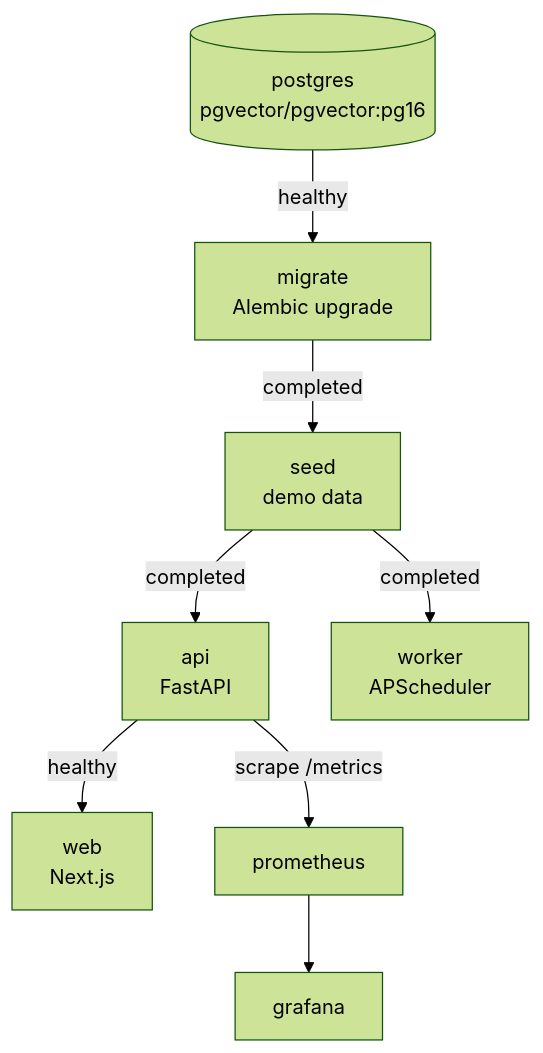
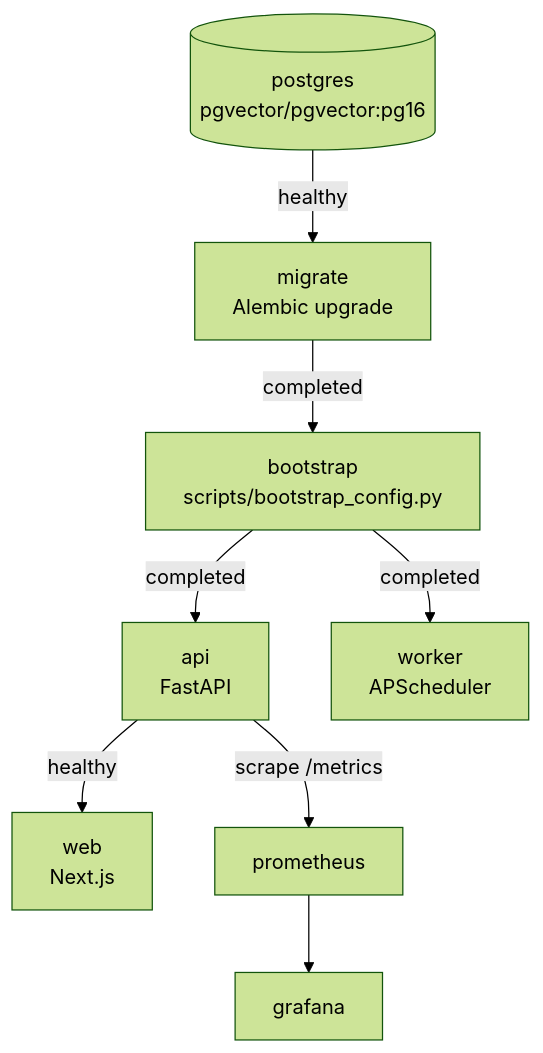
The fifth of 11 diagrams in docs/design/v0.2/architecture/Margin_Architecture_Design_v0.2_EN.md (RickyW0529/Margin), drawn with Mermaid (forest theme) before and after one commit. The commit also changed other lines of this file and 469 other files, not shown here.

````diff
--- a/docs/design/v0.2/architecture/Margin_Architecture_Design_v0.2_EN.md
+++ b/docs/design/v0.2/architecture/Margin_Architecture_Design_v0.2_EN.md
@@ -153,19 +458,19 @@
 ```mermaid
 flowchart TB
     Postgres[(postgres<br/>pgvector/pgvector:pg16)]
     Migrate[migrate<br/>Alembic upgrade]
-    Seed[seed<br/>demo data]
+    Bootstrap[bootstrap<br/>scripts/bootstrap_config.py]
     API[api<br/>FastAPI]
     Worker[worker<br/>APScheduler]
     Web[web<br/>Next.js]
     Prometheus[prometheus]
     Grafana[grafana]
 
     Postgres -->|healthy| Migrate
-    Migrate -->|completed| Seed
-    Seed -->|completed| API
-    Seed -->|completed| Worker
+    Migrate -->|completed| Bootstrap
+    Bootstrap -->|completed| API
+    Bootstrap -->|completed| Worker
     API -->|healthy| Web
     API -->|scrape /metrics| Prometheus
     Prometheus --> Grafana
 ```
````
